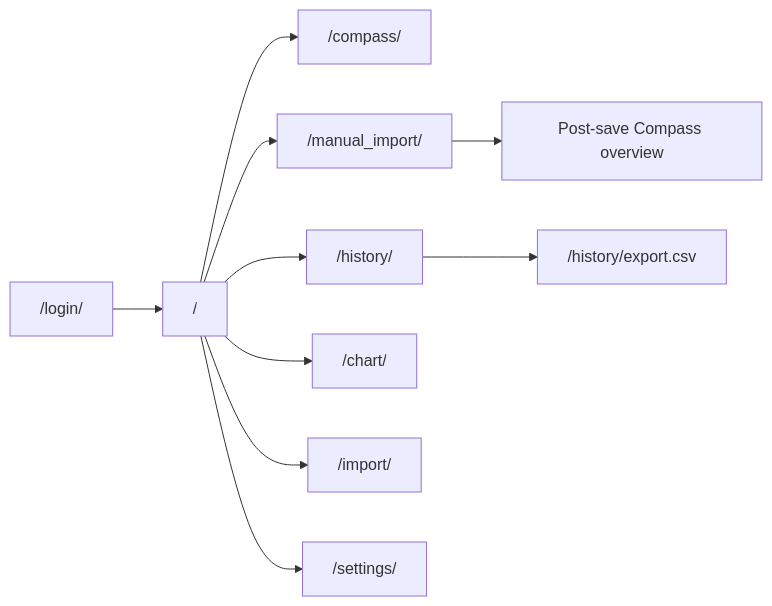
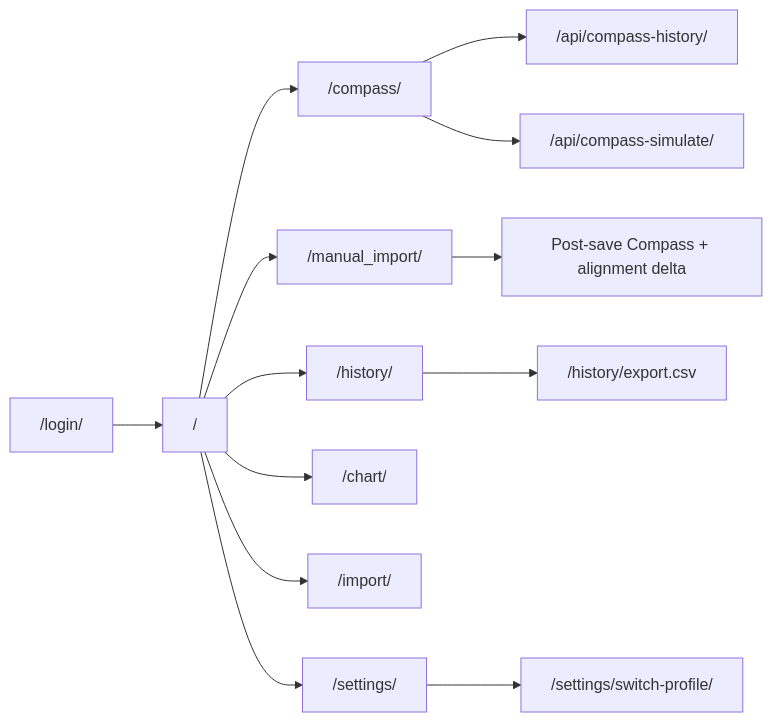
The second of 5 diagrams in docs/architecture.md (didac-crst/body-history), drawn with Mermaid before and after one commit. The commit also changed other lines of this file and 30 other files, not shown here.

````diff
--- a/docs/architecture.md
+++ b/docs/architecture.md
@@ -21,12 +21,15 @@
 ```mermaid
 flowchart LR
   login["/login/"] --> dash["/"]
   dash --> compass["/compass/"]
   dash --> manual["/manual_import/"]
   dash --> history["/history/"]
   dash --> chart["/chart/"]
   dash --> excel["/import/"]
   dash --> settings["/settings/"]
   history --> csv["/history/export.csv"]
-  manual --> postSave["Post-save Compass overview"]
+  compass --> histApi["/api/compass-history/"]
+  compass --> simApi["/api/compass-simulate/"]
+  manual --> postSave["Post-save Compass + alignment delta"]
+  settings --> switch["/settings/switch-profile/"]
 ```
````
